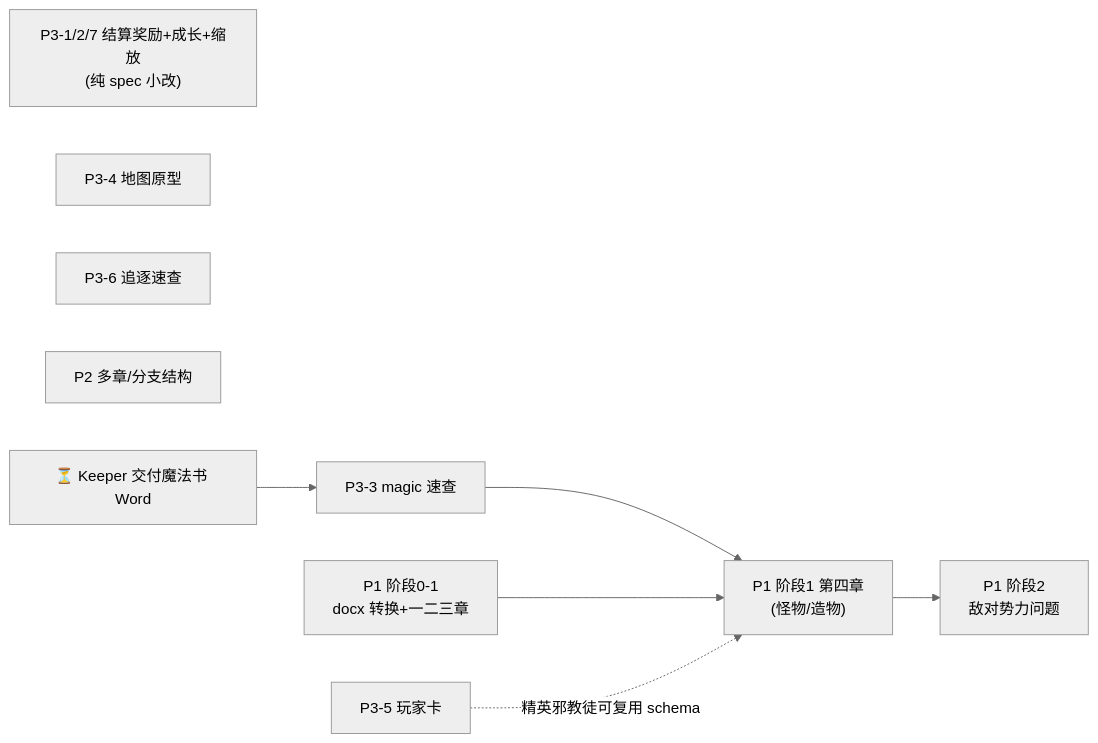
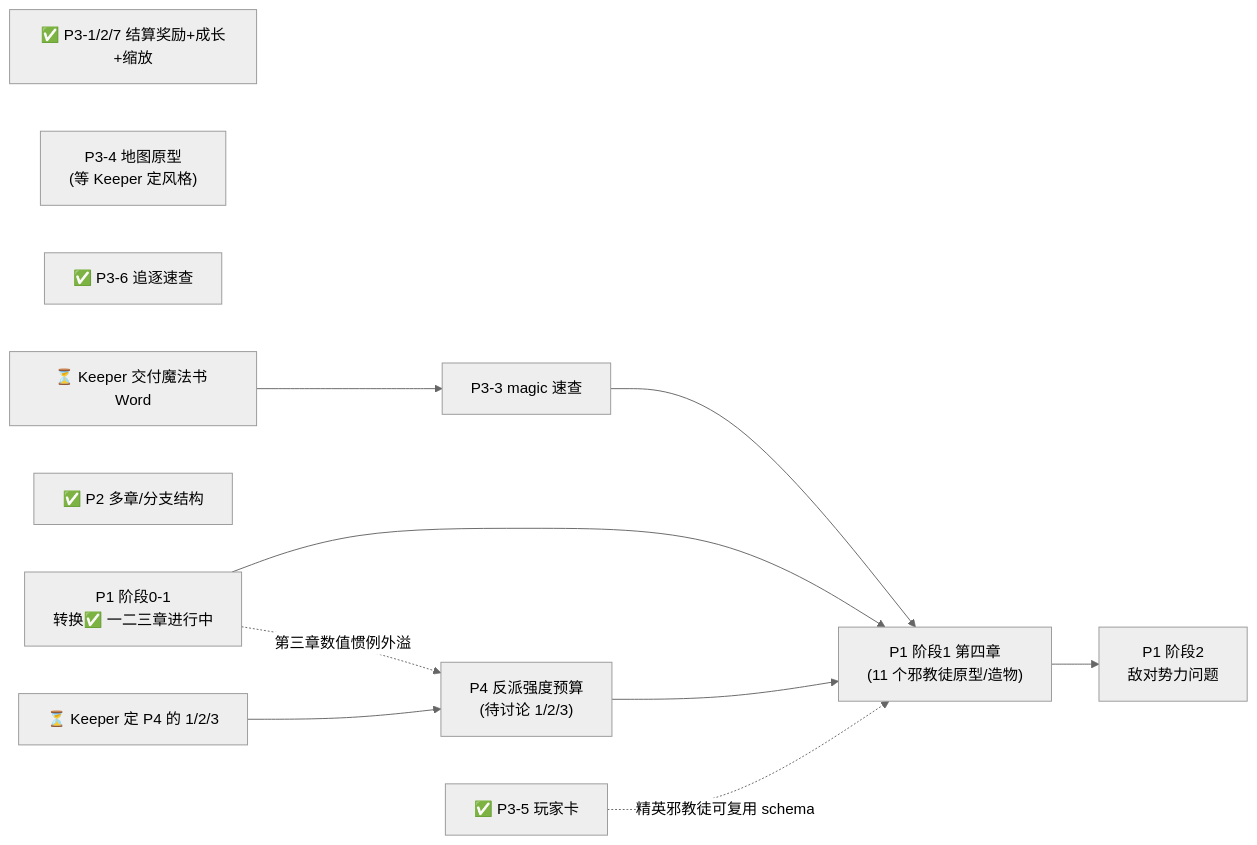
One commit to Mzihong/coc-keeper-kit changed the diagram in update_plan/README.md. Above: the diagram before and after it, drawn with Mermaid (neutral theme). The commit also changed other lines of this file and 2 other files, not shown here.

````diff
--- a/update_plan/README.md
+++ b/update_plan/README.md
@@ -19,21 +24,25 @@
 ```mermaid
 graph LR
-    P3s["P3-1/2/7 结算奖励+成长+缩放<br/>(纯 spec 小改)"]
+    P3s["✅ P3-1/2/7 结算奖励+成长+缩放"]
     P3m["P3-3 magic 速查"]
-    P3map["P3-4 地图原型"]
-    P3inv["P3-5 玩家卡"]
-    P3chase["P3-6 追逐速查"]
-    P1a["P1 阶段0-1<br/>docx 转换+一二三章"]
-    P1b["P1 阶段1 第四章<br/>(怪物/造物)"]
+    P3map["P3-4 地图原型<br/>(等 Keeper 定风格)"]
+    P3inv["✅ P3-5 玩家卡"]
+    P3chase["✅ P3-6 追逐速查"]
+    P1a["P1 阶段0-1<br/>转换✅ 一二三章进行中"]
+    P1b["P1 阶段1 第四章<br/>(11 个邪教徒原型/造物)"]
     P1c["P1 阶段2<br/>敌对势力问题"]
-    P2["P2 多章/分支结构"]
+    P2["✅ P2 多章/分支结构"]
+    P4["P4 反派强度预算<br/>(待讨论 1/2/3)"]
     KeeperDoc["⏳ Keeper 交付魔法书 Word"]
+    KeeperCall["⏳ Keeper 定 P4 的 1/2/3"]
 
     KeeperDoc --> P3m --> P1b
     P1a --> P1b --> P1c
+    P1a -.第三章数值惯例外溢.-> P4
+    KeeperCall --> P4 --> P1b
     P3inv -.精英邪教徒可复用 schema.-> P1b
     P2
     P3s
     P3map
     P3chase
 ```
````
